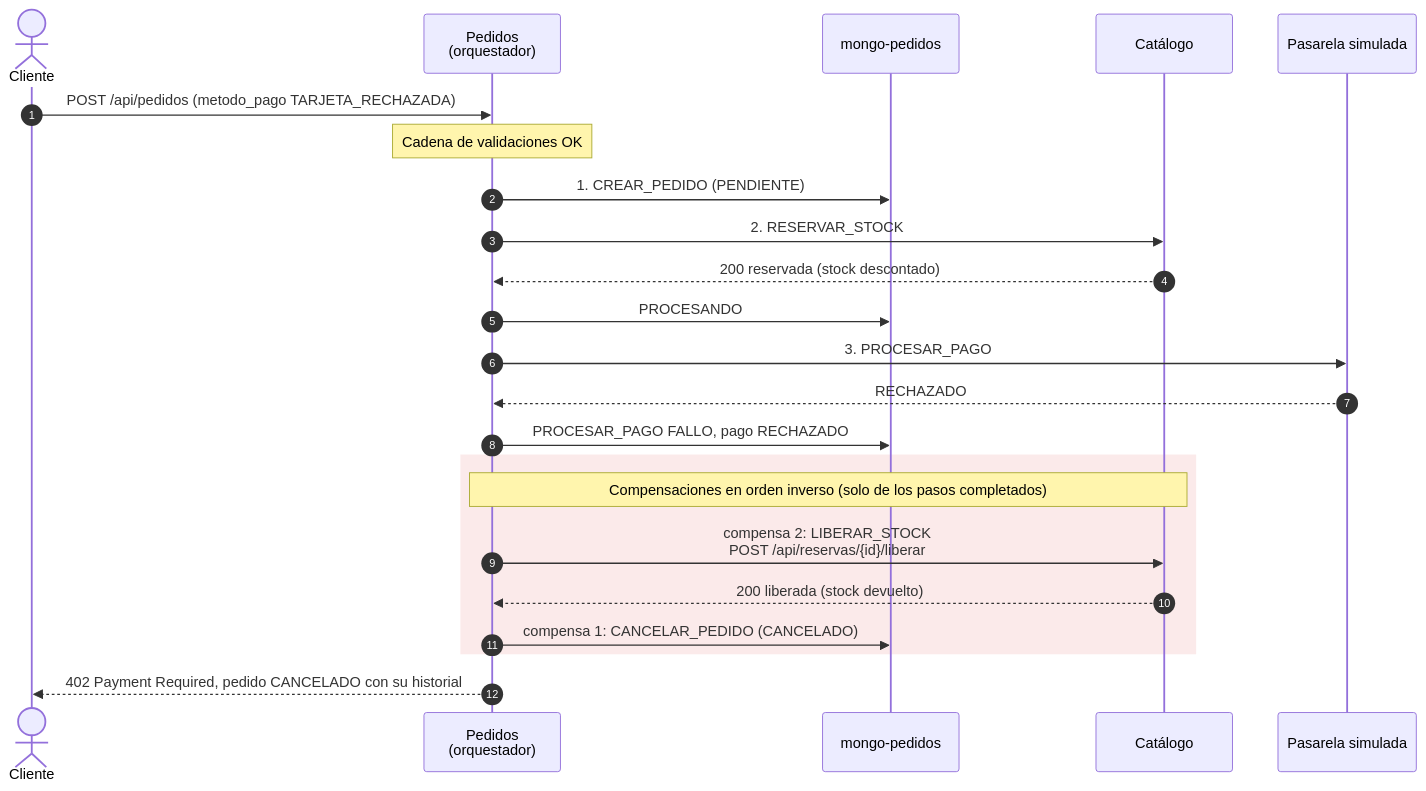
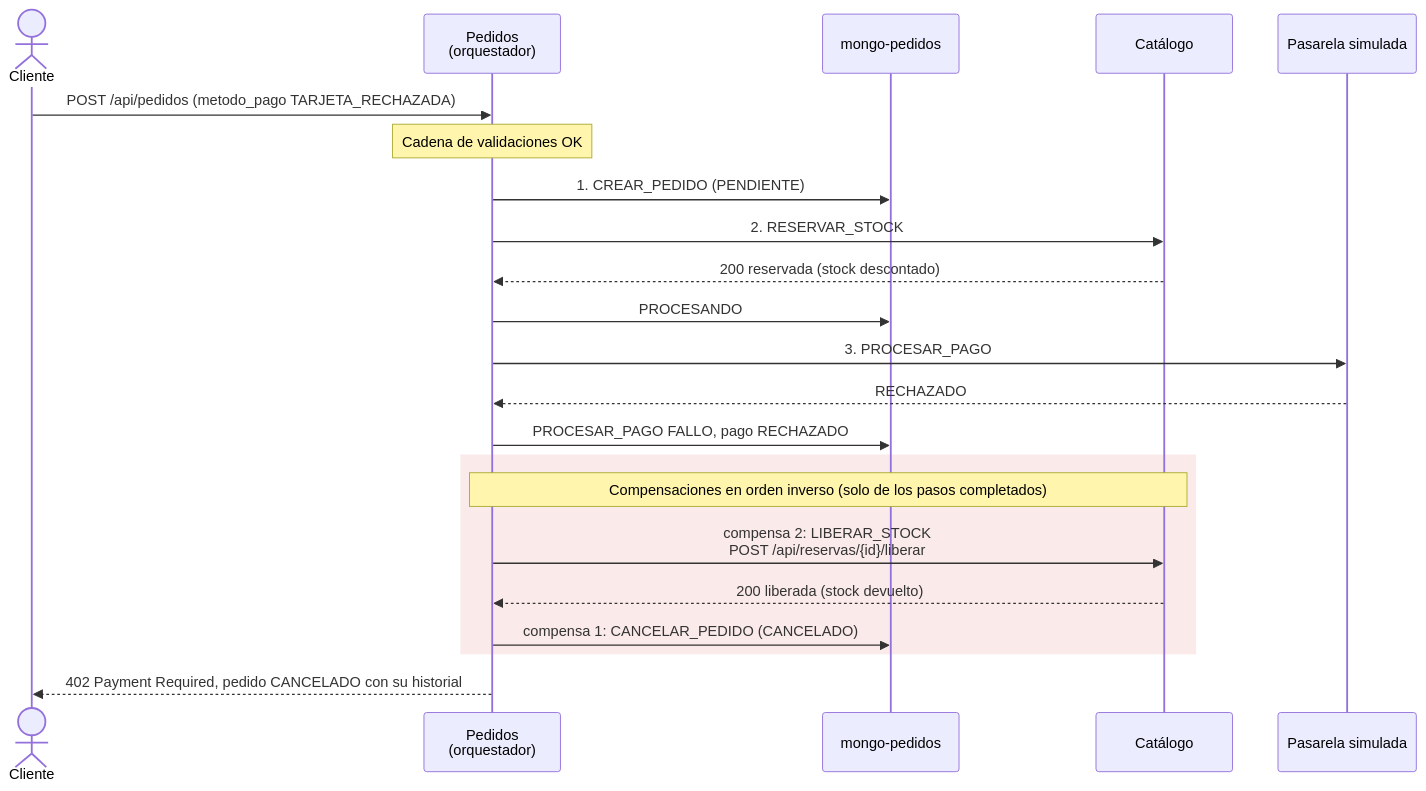
Before and after one commit to BrunoCruz11/Tarea2-NOSQL: the third of 5 diagrams in README.md, drawn with Mermaid.

Commit message:
README: diagrama de arquitectura sin cruces y una sola numeración en la saga con compensación
En el diagrama de arquitectura la flecha de pedidos a usuarios pasaba por
dentro de catálogo y parecía que catálogo llamaba a usuarios. Pedidos queda
en el medio y cada flecha va directo a su servicio. En el diagrama de la
compensación se saca autonumber, que se mezclaba con los números de los pasos.

````diff
--- a/README.md
+++ b/README.md
@@ -241,30 +241,29 @@
 ```mermaid
 sequenceDiagram
-    autonumber
     actor C as Cliente
     participant P as Pedidos<br/>(orquestador)
     participant MP as mongo-pedidos
     participant CAT as Catálogo
     participant PAG as Pasarela simulada
 
     C->>P: POST /api/pedidos (metodo_pago TARJETA_RECHAZADA)
     Note over P: Cadena de validaciones OK
 
     P->>MP: 1. CREAR_PEDIDO (PENDIENTE)
     P->>CAT: 2. RESERVAR_STOCK
     CAT-->>P: 200 reservada (stock descontado)
     P->>MP: PROCESANDO
 
     P->>PAG: 3. PROCESAR_PAGO
     PAG-->>P: RECHAZADO
     P->>MP: PROCESAR_PAGO FALLO, pago RECHAZADO
 
     rect rgba(220, 80, 80, 0.12)
         Note over P,CAT: Compensaciones en orden inverso (solo de los pasos completados)
         P->>CAT: compensa 2: LIBERAR_STOCK<br/>POST /api/reservas/{id}/liberar
         CAT-->>P: 200 liberada (stock devuelto)
         P->>MP: compensa 1: CANCELAR_PEDIDO (CANCELADO)
     end
 
     P-->>C: 402 Payment Required, pedido CANCELADO con su historial
 ```
````
